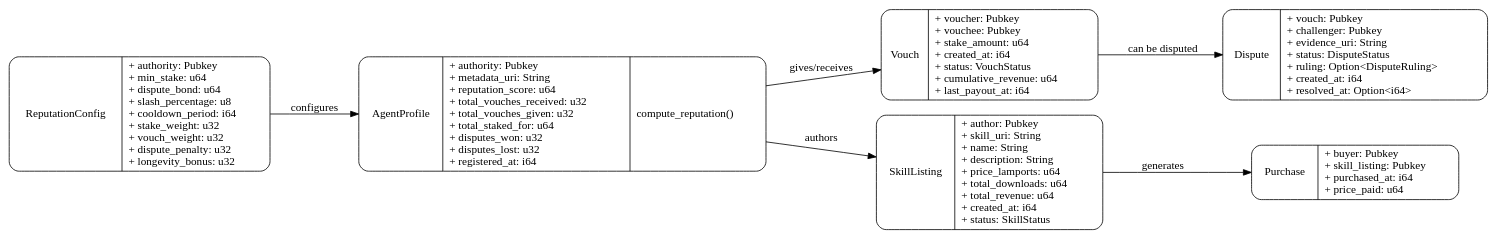
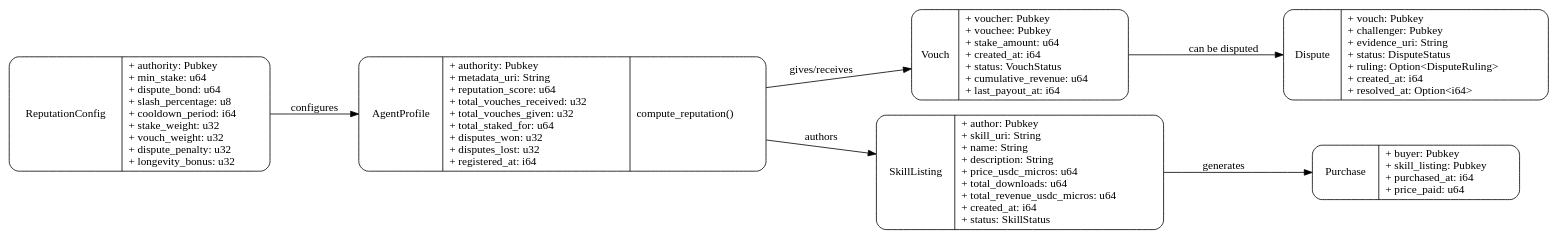
One commit to dirtybits/agent-reputation-oracle changed the second of 13 diagrams in docs/ARCHITECTURE_ANALYSIS.md. Above: the diagram before and after it, drawn with Graphviz. The commit also changed other lines of this file and 25 other files, not shown here.

First line of the commit message:
feat: Milestone 10 - docs, CLI, and skill file for USDC-native v0.2.0

````diff
--- a/docs/ARCHITECTURE_ANALYSIS.md
+++ b/docs/ARCHITECTURE_ANALYSIS.md
@@ -85,24 +87,24 @@
 ```dot
 digraph StateModel {
     rankdir=LR;
     node [shape=record, style=rounded];
     
     Config [label="{ReputationConfig|+ authority: Pubkey\l+ min_stake: u64\l+ dispute_bond: u64\l+ slash_percentage: u8\l+ cooldown_period: i64\l+ stake_weight: u32\l+ vouch_weight: u32\l+ dispute_penalty: u32\l+ longevity_bonus: u32\l}"];
     
     Agent [label="{AgentProfile|+ authority: Pubkey\l+ metadata_uri: String\l+ reputation_score: u64\l+ total_vouches_received: u32\l+ total_vouches_given: u32\l+ total_staked_for: u64\l+ disputes_won: u32\l+ disputes_lost: u32\l+ registered_at: i64\l|compute_reputation()\l}"];
     
     Vouch [label="{Vouch|+ voucher: Pubkey\l+ vouchee: Pubkey\l+ stake_amount: u64\l+ created_at: i64\l+ status: VouchStatus\l+ cumulative_revenue: u64\l+ last_payout_at: i64\l}"];
     
     Dispute [label="{Dispute|+ vouch: Pubkey\l+ challenger: Pubkey\l+ evidence_uri: String\l+ status: DisputeStatus\l+ ruling: Option\<DisputeRuling\>\l+ created_at: i64\l+ resolved_at: Option\<i64\>\l}"];
     
-    Skill [label="{SkillListing|+ author: Pubkey\l+ skill_uri: String\l+ name: String\l+ description: String\l+ price_lamports: u64\l+ total_downloads: u64\l+ total_revenue: u64\l+ created_at: i64\l+ status: SkillStatus\l}"];
+    Skill [label="{SkillListing|+ author: Pubkey\l+ skill_uri: String\l+ name: String\l+ description: String\l+ price_usdc_micros: u64\l+ total_downloads: u64\l+ total_revenue_usdc_micros: u64\l+ created_at: i64\l+ status: SkillStatus\l}"];
     
     Purchase [label="{Purchase|+ buyer: Pubkey\l+ skill_listing: Pubkey\l+ purchased_at: i64\l+ price_paid: u64\l}"];
     
     Agent -> Vouch [label="gives/receives"];
     Vouch -> Dispute [label="can be disputed"];
     Agent -> Skill [label="authors"];
     Skill -> Purchase [label="generates"];
     Config -> Agent [label="configures"];
 }
 ```
````
